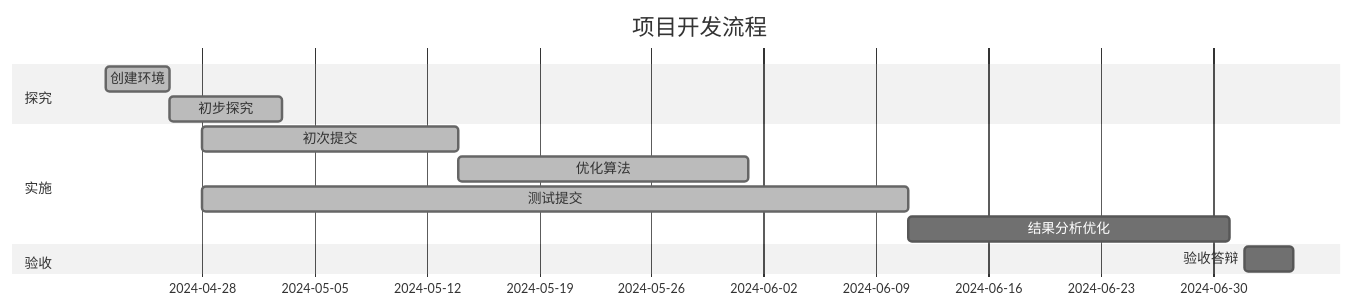
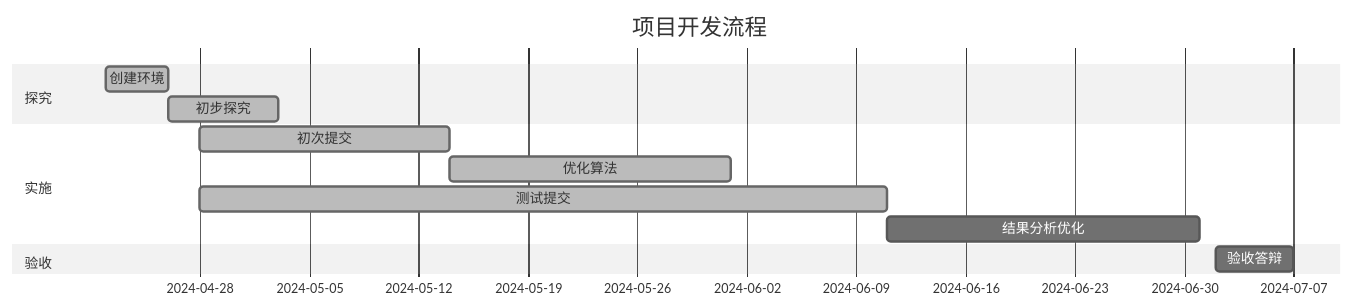
One commit to XUAN717/BirdCLEF-2024 changed the diagram in README.md. Above: the diagram before and after it, drawn with Mermaid (neutral theme).

````diff
--- a/README.md
+++ b/README.md
@@ -109,17 +109,17 @@
 ```mermaid
 gantt
     title 项目开发流程
     todayMarker off
     section 探究
       创建环境           :done, 2024-04-22, 4d
       初步探究     :done, 2024-04-26, 7d
    
     section 实施
       初次提交      :done, 2024-04-28  , 16d
       优化算法      :done, 2024-05-14  , 18d
       测试提交      :done, 2024-04-28  , 44d
       结果分析优化  :2024-06-11  , 20d
 
     section 验收
-      验收答辩    :2024-07-2, 3d
+      验收答辩    :2024-07-2, 5d
 ```
````
